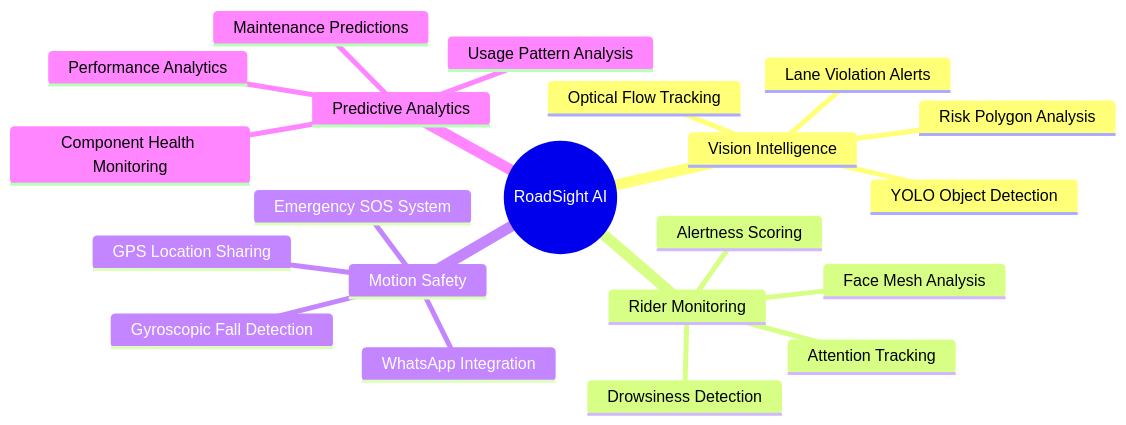
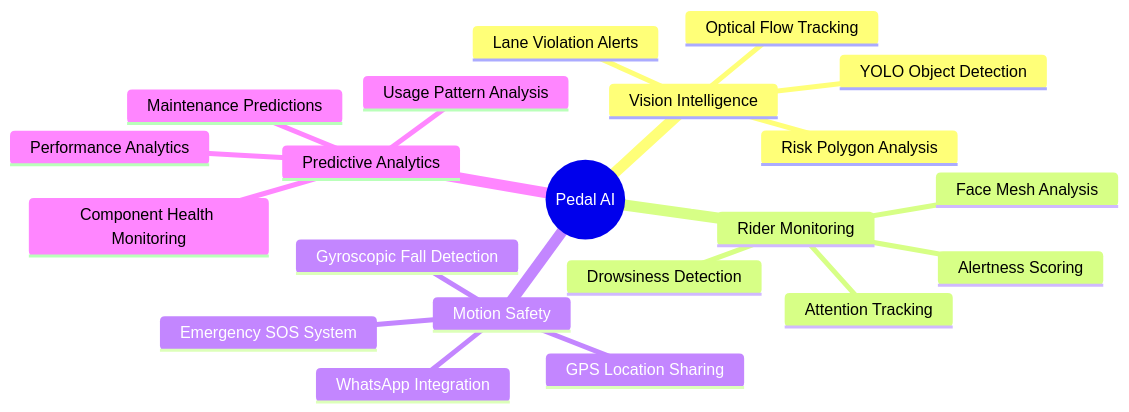
Before and after one commit to Kevalshah91/1of1-Detect: the first of 4 diagrams in README.md, drawn with Mermaid.

````diff
--- a/README.md
+++ b/README.md
@@ -29,24 +29,24 @@
 ```mermaid
 mindmap
-  root((RoadSight AI))
+  root((Pedal AI))
     Vision Intelligence
       YOLO Object Detection
       Risk Polygon Analysis
       Optical Flow Tracking
       Lane Violation Alerts
     Rider Monitoring
       Face Mesh Analysis
       Drowsiness Detection
       Attention Tracking
       Alertness Scoring
     Motion Safety
       Gyroscopic Fall Detection
       Emergency SOS System
       WhatsApp Integration
       GPS Location Sharing
     Predictive Analytics
       Component Health Monitoring
       Maintenance Predictions
       Performance Analytics
       Usage Pattern Analysis
 ```
````
